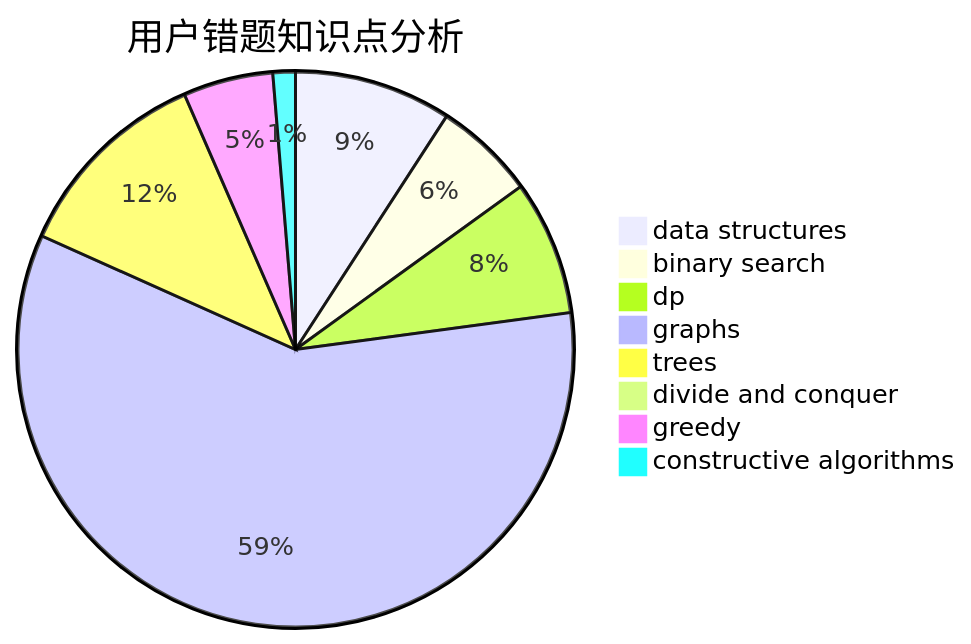
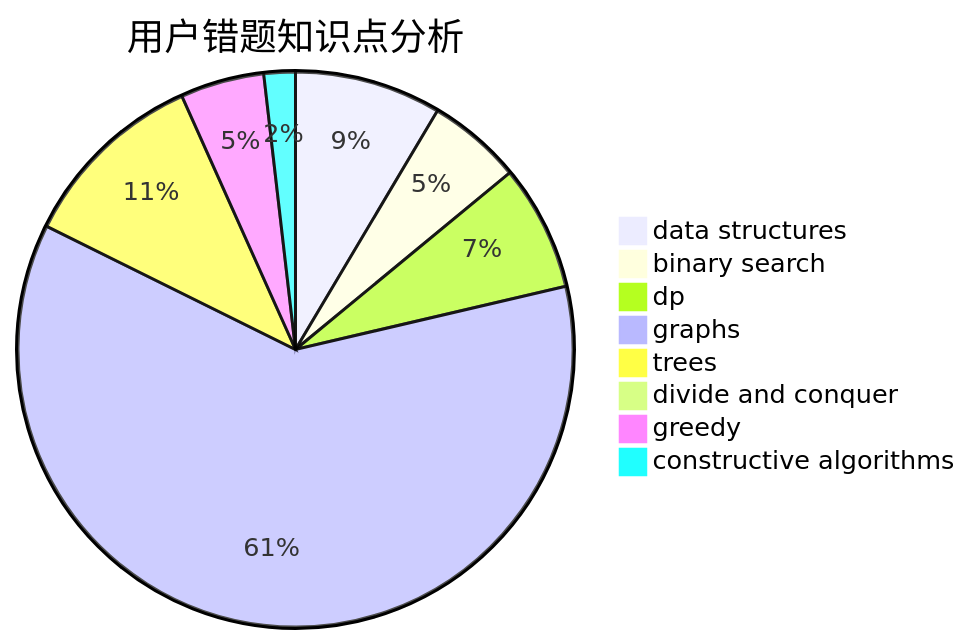
Before and after one commit to sherpahu/cfrs.github.io: the third of 3 diagrams in docs/user/u398.md, drawn with Mermaid. The commit also changed other lines of this file and 2770 other files, not shown here.

````diff
--- a/docs/user/u398.md
+++ b/docs/user/u398.md
@@ -36,11 +36,11 @@
 ```mermaid
 pie title 用户错题知识点分析
     "data structures" :  14
     "binary search" :  9
     "dp" :  12
-    "graphs" :  90
+    "graphs" :  100
     "trees" :  18
     "divide and conquer" :  0
     "greedy" :  8
-    "constructive algorithms" :  2
+    "constructive algorithms" :  3
 ```
````
